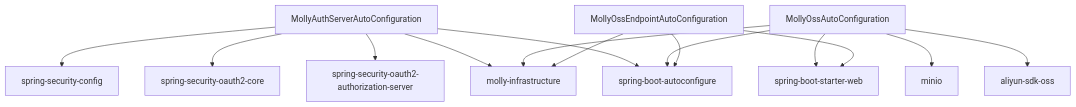
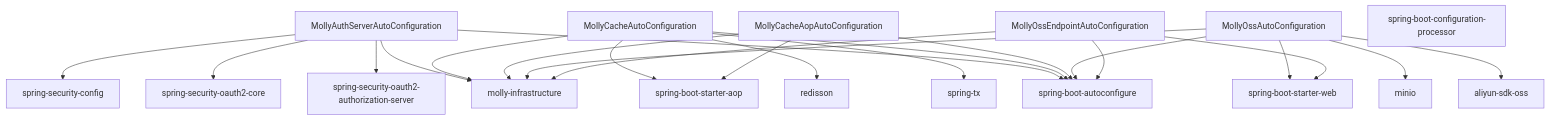
Before and after one commit to hutengqi/molly: diagram 12 of 12 in .qoder/repowiki/zh/content/核心模块详解/自动配置系统.md, drawn with Mermaid. The commit also changed other lines of this file and 3 other files, not shown here.

````diff
--- a/.qoder/repowiki/zh/content/核心模块详解/自动配置系统.md
+++ b/.qoder/repowiki/zh/content/核心模块详解/自动配置系统.md
@@ -445,27 +591,41 @@
 ```mermaid
 graph TB
 AAC["MollyAuthServerAutoConfiguration"]
+CAC["MollyCacheAutoConfiguration"]
+CAAC["MollyCacheAopAutoConfiguration"]
 OAC["MollyOssAutoConfiguration"]
 OEAC["MollyOssEndpointAutoConfiguration"]
 SAS["spring-security-oauth2-authorization-server"]
 SBA["spring-boot-autoconfigure"]
 SAC["spring-security-oauth2-core"]
 SSC["spring-security-config"]
 SW["spring-boot-starter-web"]
+SAOP["spring-boot-starter-aop"]
+SCP["spring-boot-configuration-processor"]
+STX["spring-tx"]
+RDS["redisson"]
 AOS["aliyun-sdk-oss"]
 MINIO["minio"]
 MI["molly-infrastructure"]
 AAC --> SAS
 AAC --> SBA
 AAC --> SAC
 AAC --> SSC
 AAC --> MI
+CAC --> SBA
+CAC --> SAOP
+CAC --> STX
+CAC --> RDS
+CAC --> MI
+CAAC --> SBA
+CAAC --> SAOP
+CAAC --> MI
 OAC --> SBA
 OAC --> SW
 OAC --> AOS
 OAC --> MINIO
 OAC --> MI
 OEAC --> SBA
 OEAC --> SW
 OEAC --> MI
 ```
````
